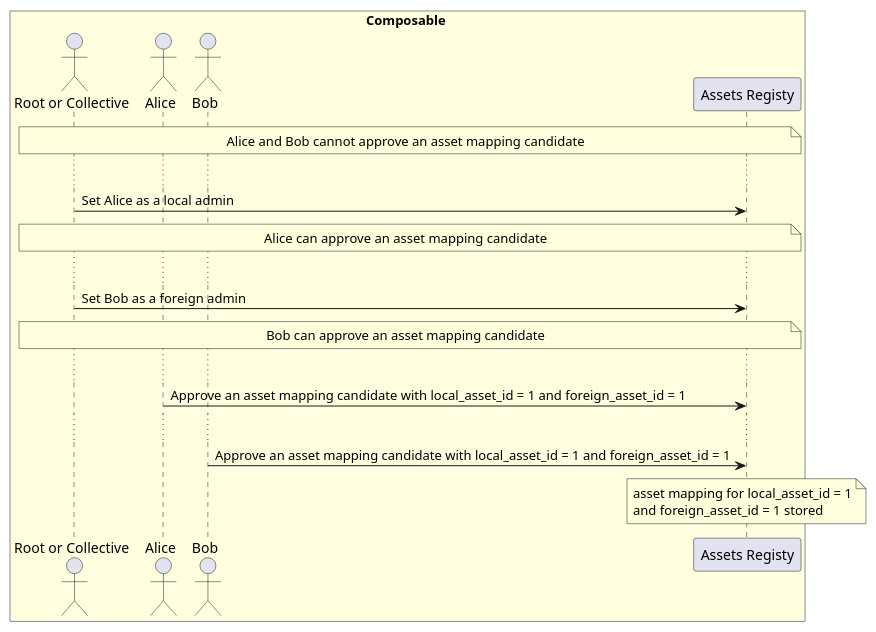
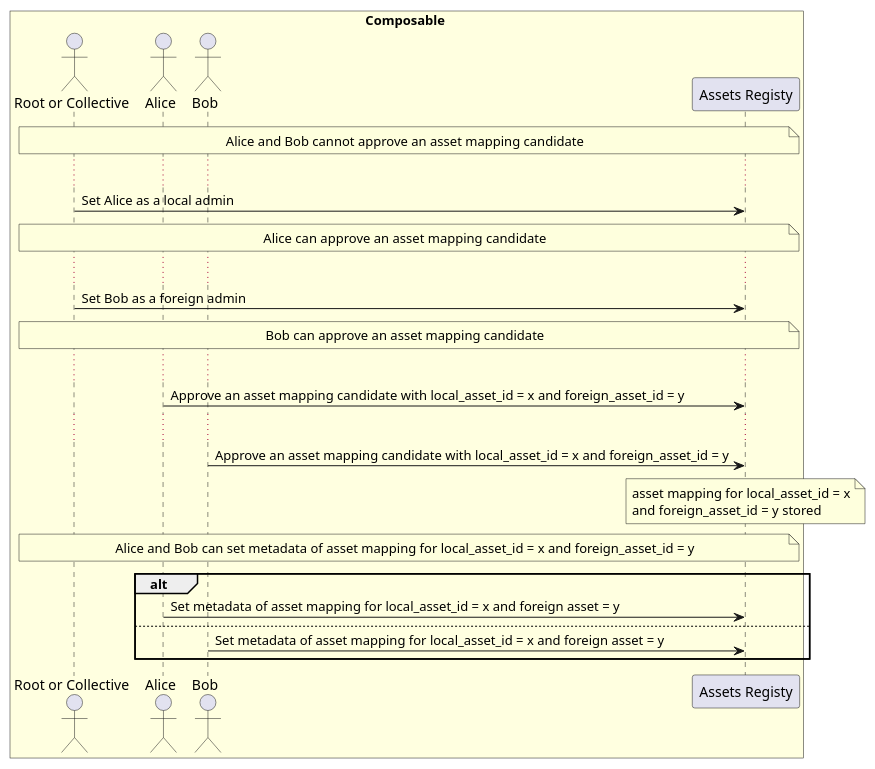
The diagram in frame/assets-registry/local-mapping.plantuml (ComposableFi/composable), drawn with PlantUML before and after one commit.

Commit message:
Update sequence diagram of assets-registry

```diff
--- a/frame/assets-registry/local-mapping.plantuml
+++ b/frame/assets-registry/local-mapping.plantuml
@@ -1,34 +1,42 @@
 @startuml
 
 box Composable #LightYellow
   actor "Root or Collective" as composable_authority
   actor "Alice" as alice
-  actor "Bob" as Bob
+  actor "Bob" as bob
   participant "Assets Registy" as assets_registry_pallet
 end box
 
 note across: Alice and Bob cannot approve an asset mapping candidate
 
 ...
 
 composable_authority -> assets_registry_pallet: Set Alice as a local admin
 note across: Alice can approve an asset mapping candidate
 
 ...
 
 composable_authority -> assets_registry_pallet: Set Bob as a foreign admin
 note across: Bob can approve an asset mapping candidate
 
 ...
 
-alice -> assets_registry_pallet: Approve an asset mapping candidate with local_asset_id = 1 and foreign_asset_id = 1
+alice -> assets_registry_pallet: Approve an asset mapping candidate with local_asset_id = x and foreign_asset_id = y
 
 ...
 
-Bob -> assets_registry_pallet: Approve an asset mapping candidate with local_asset_id = 1 and foreign_asset_id = 1
+bob -> assets_registry_pallet: Approve an asset mapping candidate with local_asset_id = x and foreign_asset_id = y
 note over assets_registry_pallet
-asset mapping for local_asset_id = 1
-and foreign_asset_id = 1 stored
+asset mapping for local_asset_id = x
+and foreign_asset_id = y stored
 end note
 
+note across: Alice and Bob can set metadata of asset mapping for local_asset_id = x and foreign_asset_id = y
+
+alt
+alice -> assets_registry_pallet: Set metadata of asset mapping for local_asset_id = x and foreign asset = y
+else
+bob -> assets_registry_pallet: Set metadata of asset mapping for local_asset_id = x and foreign asset = y
+end
+
 @enduml
```
